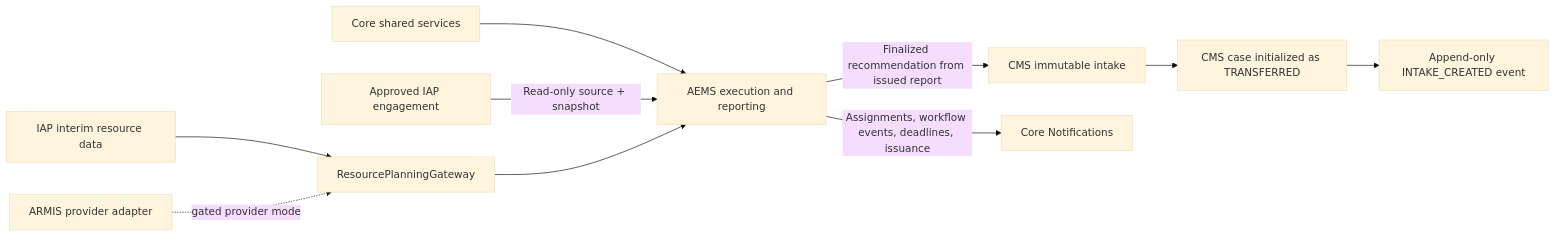
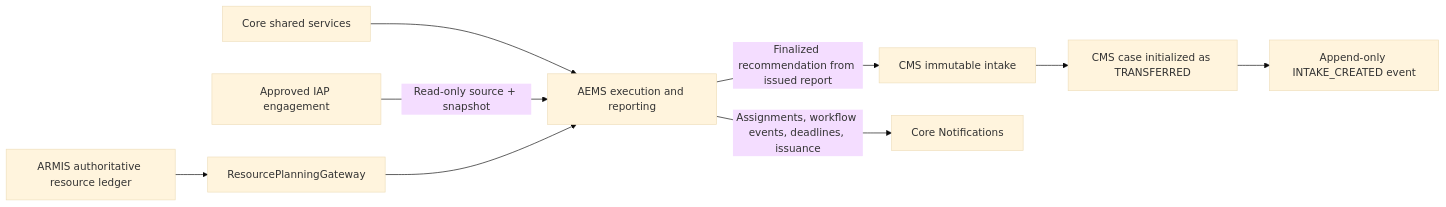
Before and after one commit to kgdacalosciascdo/agis-wireframe: diagram 11 of 22 in docs/SYSTEM_FLOW.md, drawn with Mermaid (base theme). The commit also changed other lines of this file and 123 other files, not shown here.

````diff
--- a/docs/SYSTEM_FLOW.md
+++ b/docs/SYSTEM_FLOW.md
@@ -410,12 +412,11 @@
 ```mermaid
 flowchart LR
     CORE[Core shared services] --> AEMS[AEMS execution and reporting]
     IAP[Approved IAP engagement] -->|Read-only source + snapshot| AEMS
     AEMS -->|Finalized recommendation from issued report| CMSI[CMS immutable intake]
     CMSI --> CMSC[CMS case initialized as TRANSFERRED]
     CMSC --> CMSE[Append-only INTAKE_CREATED event]
-    IAPRES[IAP interim resource data] --> RG[ResourcePlanningGateway]
-    ARMIS[ARMIS provider adapter] -. gated provider mode .-> RG
+    ARMIS[ARMIS authoritative resource ledger] --> RG[ResourcePlanningGateway]
     RG --> AEMS
     AEMS -->|Assignments, workflow events, deadlines, issuance| NOTIFY[Core Notifications]
 ```
````
